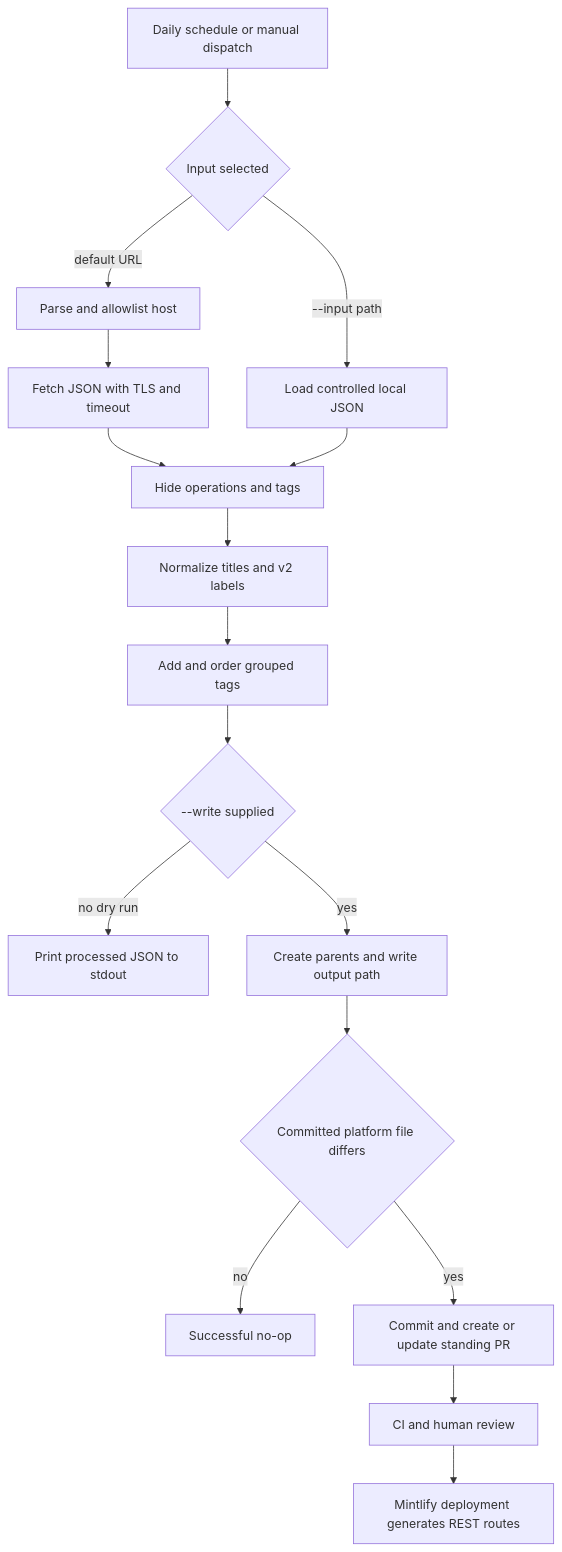
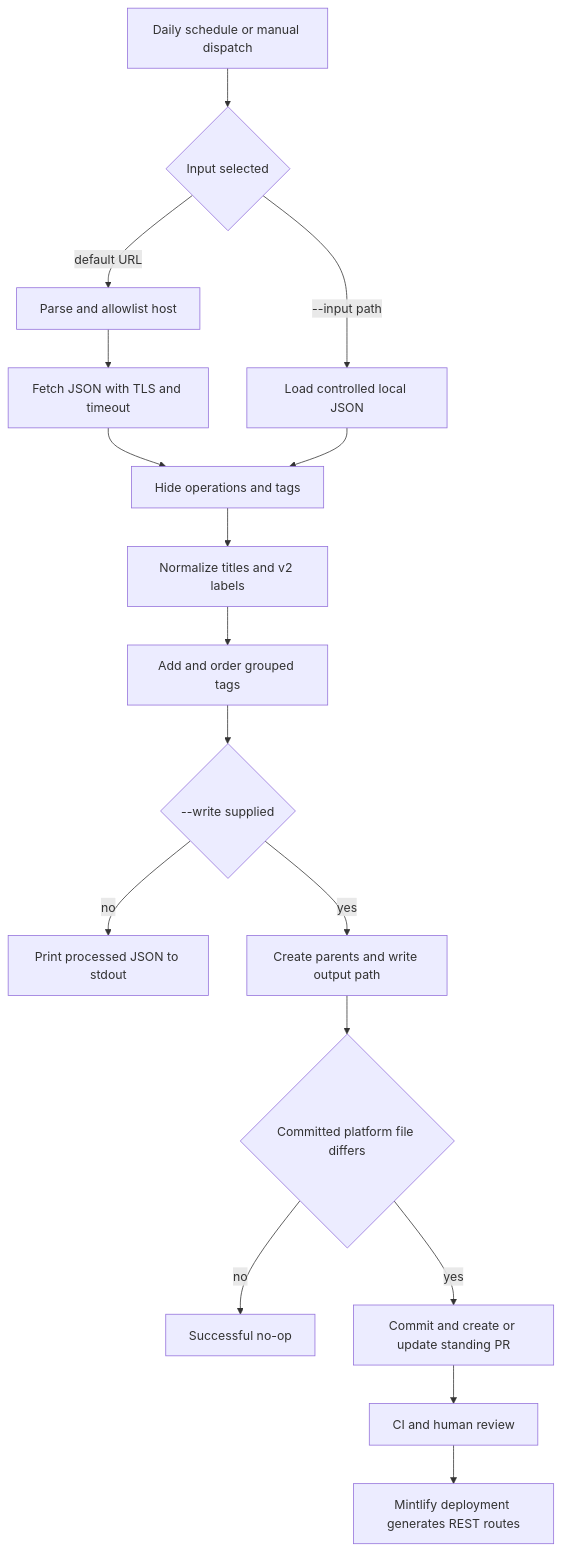
Before and after one commit to langchain-ai/docs: the diagram in openwiki/workflows/langsmith-openapi-refresh.md, drawn with Mermaid. The commit also changed other lines of this file and 54 other files, not shown here.

````diff
--- a/openwiki/workflows/langsmith-openapi-refresh.md
+++ b/openwiki/workflows/langsmith-openapi-refresh.md
@@ -41,19 +48,19 @@
 ```mermaid
 flowchart TD
     Trigger["Daily schedule or manual dispatch"] --> Source{"Input selected"}
     Source -->|"default URL"| Parse["Parse and allowlist host"]
     Parse --> Fetch["Fetch JSON with TLS and timeout"]
     Source -->|"--input path"| Local["Load controlled local JSON"]
     Fetch --> Transform["Hide operations and tags"]
     Local --> Transform
     Transform --> Titles["Normalize titles and v2 labels"]
     Titles --> Groups["Add and order grouped tags"]
     Groups --> Mode{"--write supplied"}
-    Mode -->|"no dry run"| Stdout["Print processed JSON to stdout"]
+    Mode -->|"no"| Stdout["Print processed JSON to stdout"]
     Mode -->|"yes"| Write["Create parents and write output path"]
     Write --> Diff{"Committed platform file differs"}
     Diff -->|"no"| Noop["Successful no-op"]
     Diff -->|"yes"| PR["Commit and create or update standing PR"]
     PR --> Checks["CI and human review"]
     Checks --> Deploy["Mintlify deployment generates REST routes"]
 ```
````
